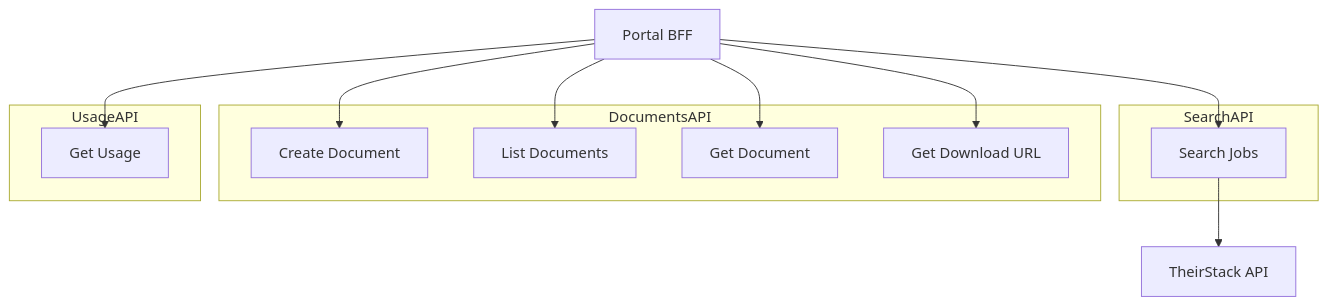
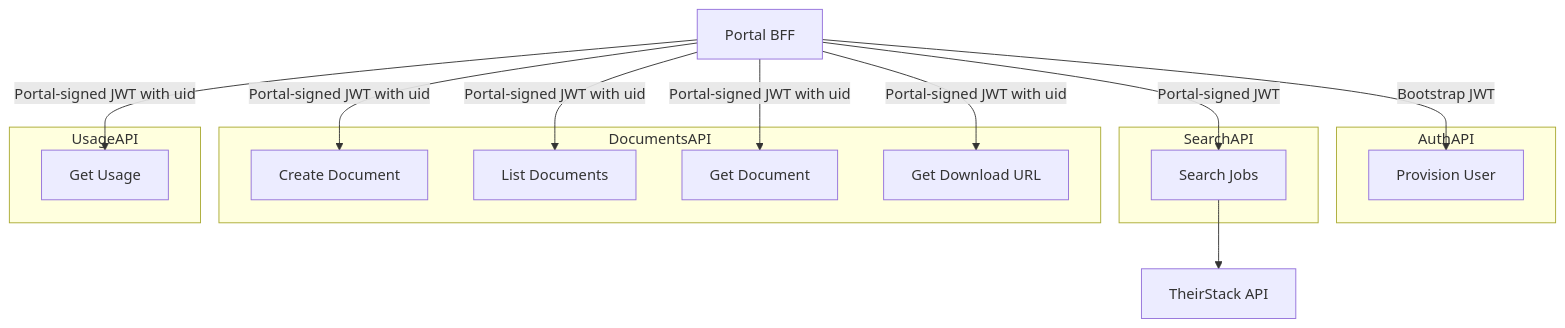
Before and after one commit to IXvlad-EU/Skillexa: the diagram in docs/diagrams/api-interaction.md, drawn with Mermaid. The commit also changed 62 other files, not shown here.

````diff
--- a/docs/diagrams/api-interaction.md
+++ b/docs/diagrams/api-interaction.md
@@ -1,31 +1,36 @@
 ```mermaid
 flowchart TD
 
     Client[Portal BFF]
+
+    subgraph AuthAPI
+        Provision[Provision User]
+    end
 
     subgraph SearchAPI
         SearchJobs[Search Jobs]
     end
 
     subgraph DocumentsAPI
         CreateDoc[Create Document]
         ListDocs[List Documents]
         GetDoc[Get Document]
         DownloadUrl[Get Download URL]
     end
 
     subgraph UsageAPI
         Usage[Get Usage]
     end
 
     Search[TheirStack API]
 
-    Client --> SearchJobs
-    Client --> CreateDoc
-    Client --> ListDocs
-    Client --> GetDoc
-    Client --> DownloadUrl
-    Client --> Usage
+    Client -->|Bootstrap JWT| Provision
+    Client -->|Portal-signed JWT| SearchJobs
+    Client -->|Portal-signed JWT with uid| CreateDoc
+    Client -->|Portal-signed JWT with uid| ListDocs
+    Client -->|Portal-signed JWT with uid| GetDoc
+    Client -->|Portal-signed JWT with uid| DownloadUrl
+    Client -->|Portal-signed JWT with uid| Usage
 
     SearchJobs --> Search
 ```
````
